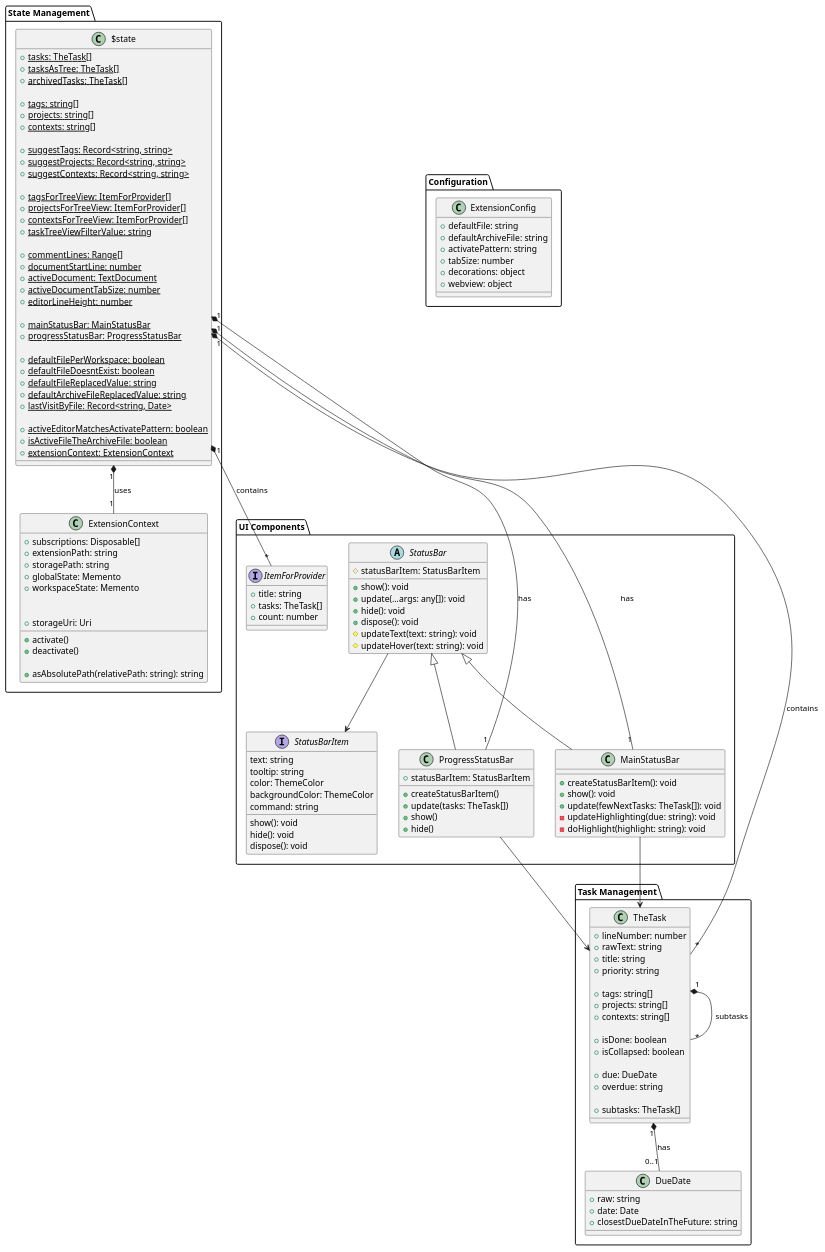
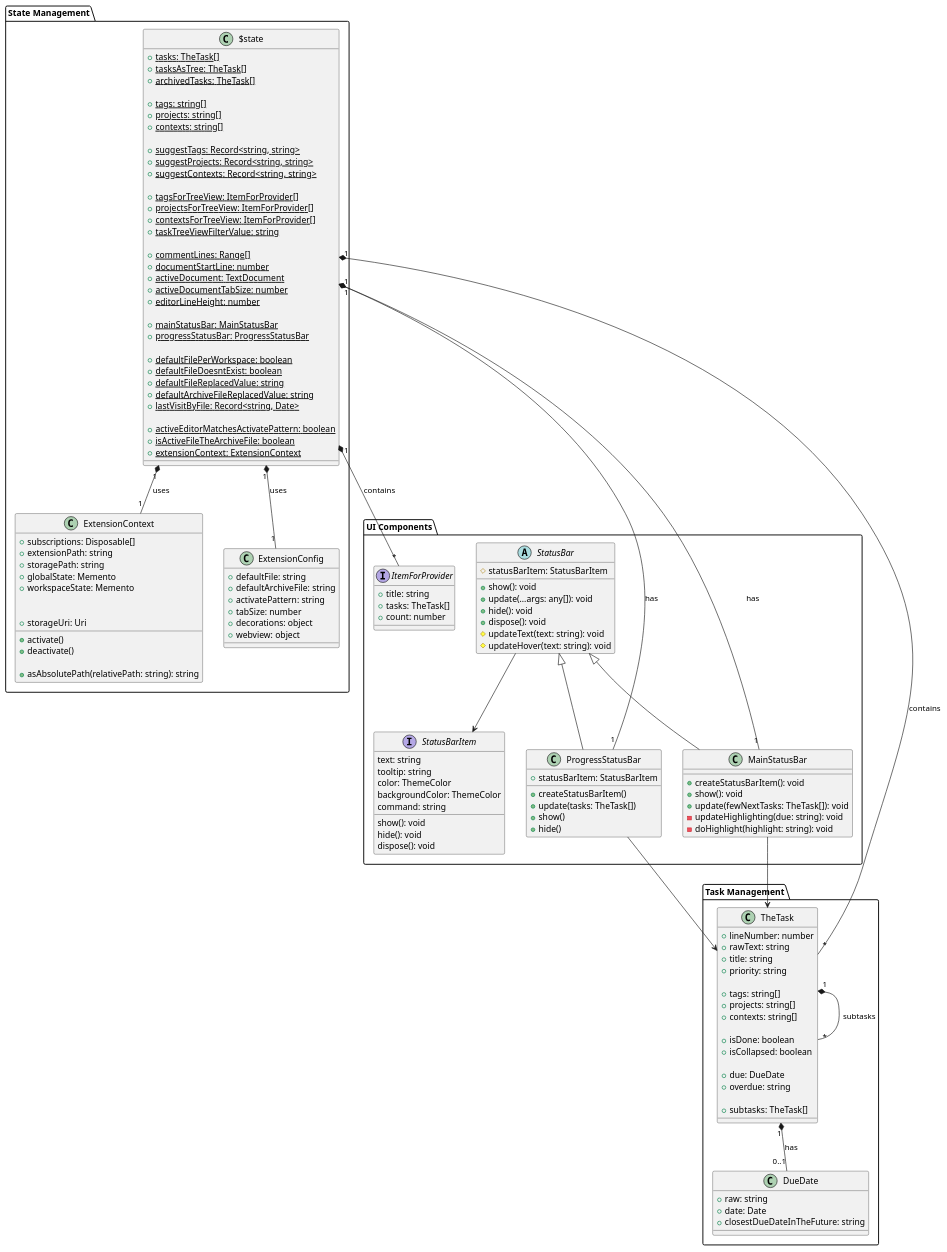
Before and after one commit to NonePro/notecraft: the diagram in docs/class-diagram.puml, drawn with PlantUML. The commit also changed 1 other file, not shown here.

```diff
--- a/docs/class-diagram.puml
+++ b/docs/class-diagram.puml
@@ -1,168 +1,167 @@
 @startuml "NoteCraft Extension Core Components"
 
 package "State Management" {
   class ExtensionContext {
     ' Core extension properties
     +subscriptions: Disposable[]
     +extensionPath: string
     +storagePath: string
     +globalState: Memento
     +workspaceState: Memento
     
     ' Extension lifecycle
     +activate()
     +deactivate()
     
     ' Resource management
     +asAbsolutePath(relativePath: string): string
     +storageUri: Uri
+  }
+
+  class ExtensionConfig {
+    +defaultFile: string
+    +defaultArchiveFile: string
+    +activatePattern: string
+    +tabSize: number
+    +decorations: object
+    +webview: object
   }
 
   class $state {
     ' Task-related state
     +{static} tasks: TheTask[]
     +{static} tasksAsTree: TheTask[]
     +{static} archivedTasks: TheTask[]
 
     ' Tag and categorization state
     +{static} tags: string[]
     +{static} projects: string[]
     +{static} contexts: string[]
 
     ' Suggestion state
     +{static} suggestTags: Record<string, string>
     +{static} suggestProjects: Record<string, string>
     +{static} suggestContexts: Record<string, string>
 
     ' Tree view state
     +{static} tagsForTreeView: ItemForProvider[]
     +{static} projectsForTreeView: ItemForProvider[]
     +{static} contextsForTreeView: ItemForProvider[]
     +{static} taskTreeViewFilterValue: string
 
     ' Document state
     +{static} commentLines: Range[]
     +{static} documentStartLine: number
     +{static} activeDocument: TextDocument
     +{static} activeDocumentTabSize: number
     +{static} editorLineHeight: number
 
     ' UI Components state
     +{static} mainStatusBar: MainStatusBar
     +{static} progressStatusBar: ProgressStatusBar
 
     ' File management state
     +{static} defaultFilePerWorkspace: boolean
     +{static} defaultFileDoesntExist: boolean
     +{static} defaultFileReplacedValue: string
     +{static} defaultArchiveFileReplacedValue: string
     +{static} lastVisitByFile: Record<string, Date>
 
     ' Application state
     +{static} activeEditorMatchesActivatePattern: boolean
     +{static} isActiveFileTheArchiveFile: boolean
     +{static} extensionContext: ExtensionContext
   }
 }
 
 package "Task Management" {
   class TheTask {
     ' Core properties
     +lineNumber: number
     +rawText: string
     +title: string
     +priority: string
 
     ' Categorization
     +tags: string[]
     +projects: string[]
     +contexts: string[]
 
     ' Task state
     +isDone: boolean
     +isCollapsed: boolean
 
     ' Time management
     +due: DueDate
     +overdue: string
 
     ' Task hierarchy
     +subtasks: TheTask[]
   }
 
   class DueDate {
     +raw: string
     +date: Date
     +closestDueDateInTheFuture: string
   }
 }
 
 package "UI Components" {
   abstract class StatusBar {
     #statusBarItem: StatusBarItem
     +show(): void
     +update(...args: any[]): void
     +hide(): void
     +dispose(): void
     #updateText(text: string): void
     #updateHover(text: string): void
   }
 
   class MainStatusBar extends StatusBar {
     +createStatusBarItem(): void
     +show(): void
     +update(fewNextTasks: TheTask[]): void
     -updateHighlighting(due: string): void
     -doHighlight(highlight: string): void
   }
 
   class ProgressStatusBar extends StatusBar {
     +statusBarItem: StatusBarItem
     +createStatusBarItem()
     +update(tasks: TheTask[])
     +show()
     +hide()
   }
 
   interface ItemForProvider {
     +title: string
     +tasks: TheTask[]
     +count: number
   }
 
   interface StatusBarItem {
     text: string
     tooltip: string
     color: ThemeColor
     backgroundColor: ThemeColor
     command: string
     show(): void
     hide(): void
     dispose(): void
   }
 }
 
-package "Configuration" {
-  class ExtensionConfig {
-    +defaultFile: string
-    +defaultArchiveFile: string
-    +activatePattern: string
-    +tabSize: number
-    +decorations: object
-    +webview: object
-  }
-}
-
 ' Relationships
 $state "1" *-- "*" TheTask : contains
 TheTask "1" *-- "*" TheTask : subtasks
 TheTask "1" *-- "0..1" DueDate : has
 $state "1" *-- "1" MainStatusBar : has
 $state "1" *-- "1" ProgressStatusBar : has
 $state "1" *-- "1" ExtensionContext : uses
 $state "1" *-- "*" ItemForProvider : contains
 MainStatusBar --> TheTask
 ProgressStatusBar --> TheTask
 StatusBar --> StatusBarItem
+$state "1" *-- "1" ExtensionConfig : uses
 
 @enduml
```
